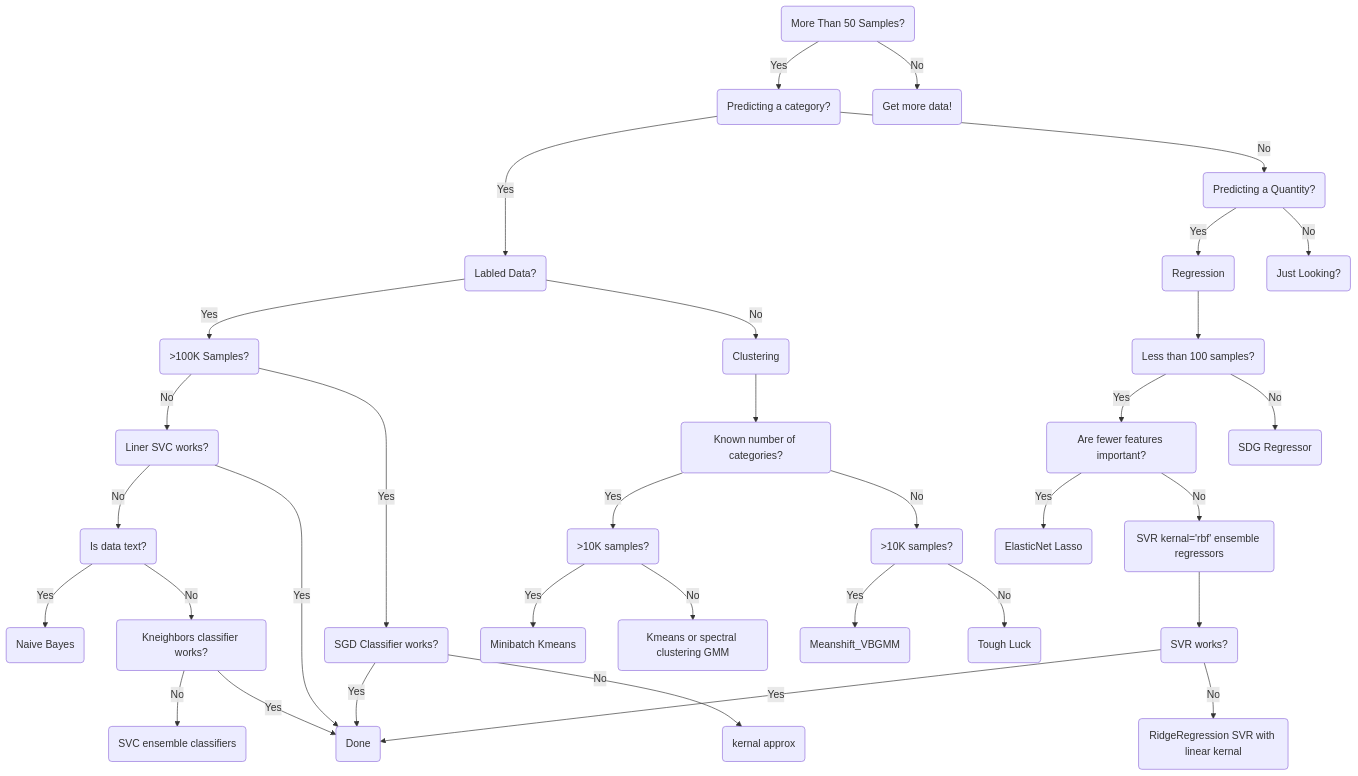
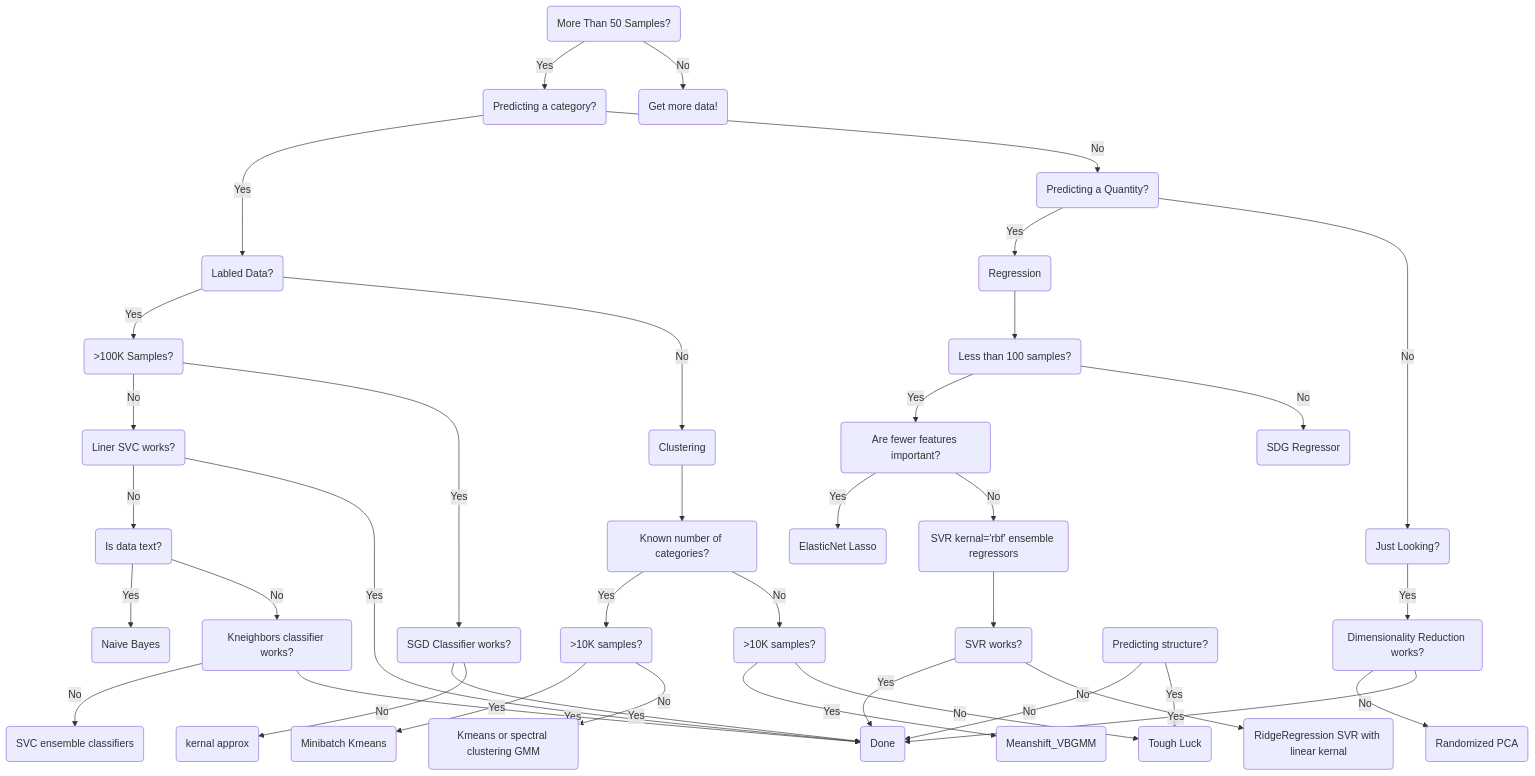
One commit to hwetsman/Public_Notes changed the diagram in ML_Cheatsheet.md. Above: the diagram before and after it, drawn with Mermaid.

````diff
--- a/ML_Cheatsheet.md
+++ b/ML_Cheatsheet.md
@@ -1,71 +1,80 @@
 ```mermaid
 flowchart TD
 id1(More Than 50 Samples?)
   id2(Predicting a category?)
     id1-->|Yes|id2
     id4(Labled Data?)
       id2-->|Yes|id4
       id6(>100K Samples?)
         id4-->|Yes|id6
         id14(Clustering)
         id15(Known number of categories?)
           id16(>10K samples?)
           id17(>10K samples?)
           id15-->|Yes|id16
             id20(Meanshift_VBGMM)
             id98(Tough Luck)
             id17-->|Yes|id20
             id17-->|No|id98
           id15-->|No|id17
             id18(Minibatch Kmeans)
             id19(Kmeans or spectral clustering GMM)
             id16-->|Yes|id18
             id16-->|No|id19
         id14-->id15
         id4-->|No|id14
         id7(Liner SVC works?)
         id6-->|No|id7
         id8(SGD Classifier works?)
           id8-->|Yes|id99
           id13(kernal approx)
           id8-->|No|id13
         id6-->|Yes|id8
           id9(Is data text?)
           id7-->|No|id9
             id10(Naive Bayes)
             id9-->|Yes|id10
             id11(Kneighbors classifier works?)
             id9-->|No|id11
               id12(SVC ensemble classifiers)
               id11-->|No|id12
               id99(Done)
                 id7-->|Yes|id99
               id11-->|Yes|id99
     id5(Predicting a Quantity?)
       id2-->|No|id5
       id30(Regression)
         id32(Less than 100 samples?)
           id33(Are fewer features important?)
             id32-->|Yes|id33
             id34(ElasticNet Lasso)
               id33-->|Yes|id34
             id35(SVR kernal='rbf' ensemble regressors)
               id33-->|No|id35
             id36(SVR works?)
               id35-->id36
             id37(RidgeRegression SVR with linear kernal)
               id36-->|Yes|id99
               id36-->|No|id37
         id38(SDG Regressor)
           id32-->|No|id38
       id31(Just Looking?)
         id5-->|Yes|id30
         id30-->id32
         id5-->|No|id31
+        id40(Dimensionality Reduction works?)
+          id31-->|Yes|id40
+        id41(Randomized PCA)
+          id40-->|No|id41
+          id40-->|Yes|id99
+        id42(Predicting structure?)
+          id42-->|No|id99
+          id42-->|Yes|id98
+
 
 
   id3(Get more data!)
     id1-->|No|id3
   
   
 ```
````
